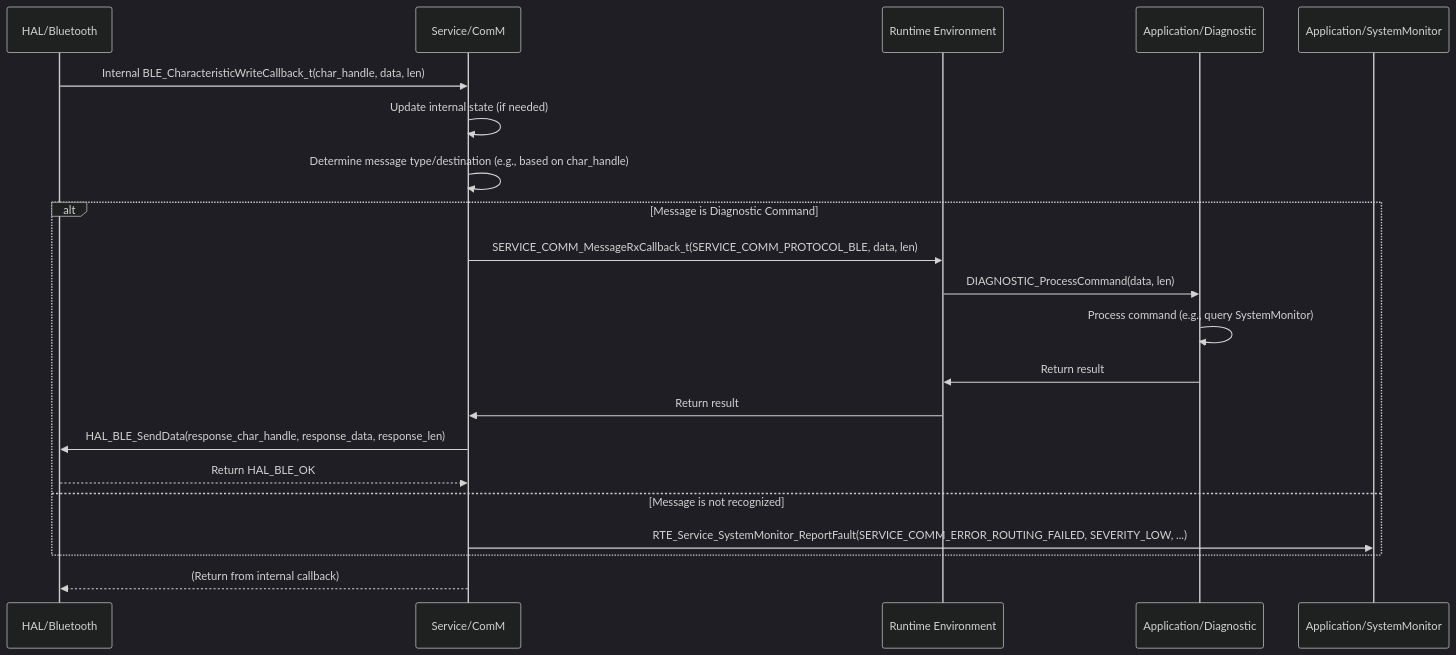
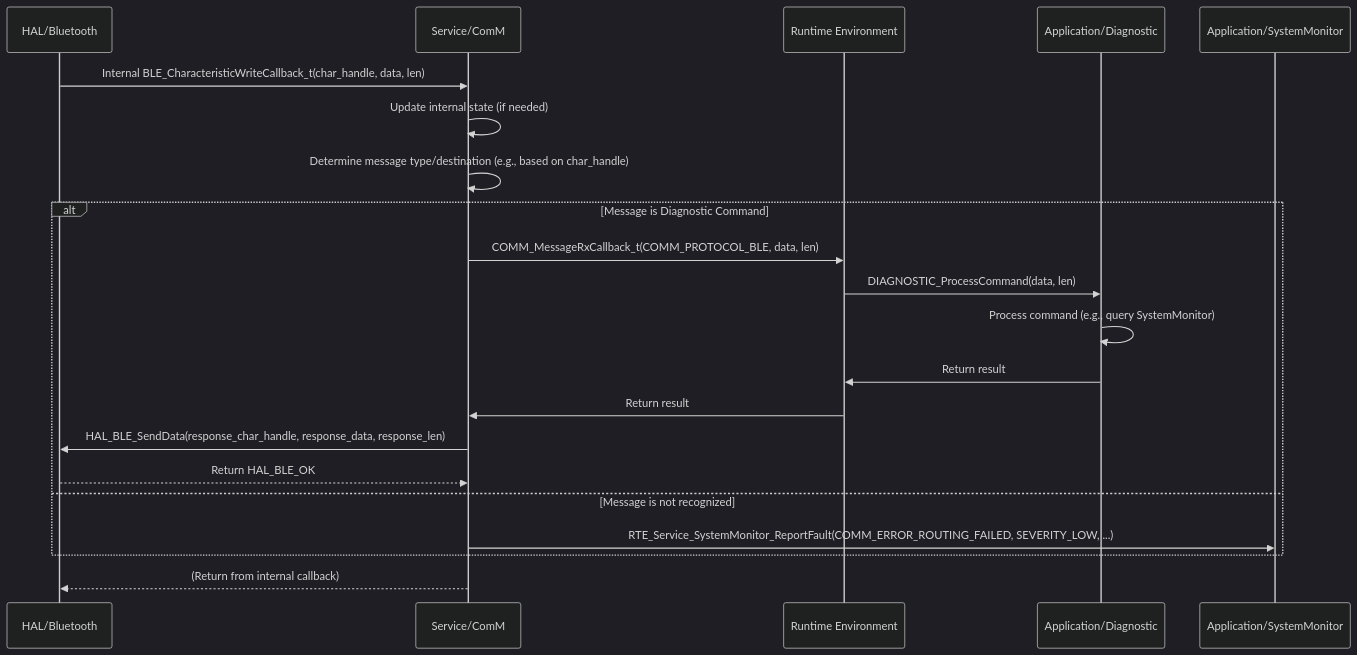
The diagram in Requiremets/Design/Service/ComM.md (ashaker-2/Platform), drawn with Mermaid (dark theme) before and after one commit. The commit also changed other lines of this file, not shown here.

````diff
--- a/Requiremets/Design/Service/ComM.md
+++ b/Requiremets/Design/Service/ComM.md
@@ -192,24 +192,24 @@
 ```mermaid
 sequenceDiagram  
     participant HAL_BLE as HAL/Bluetooth  
     participant ComM as Service/ComM  
     participant RTE as Runtime Environment  
     participant Diagnostic as Application/Diagnostic  
     participant SystemMonitor as Application/SystemMonitor
 
     HAL_BLE->>ComM: Internal BLE_CharacteristicWriteCallback_t(char_handle, data, len)  
     ComM->>ComM: Update internal state (if needed)  
     ComM->>ComM: Determine message type/destination (e.g., based on char_handle)  
     alt Message is Diagnostic Command  
-        ComM->>RTE: SERVICE_COMM_MessageRxCallback_t(SERVICE_COMM_PROTOCOL_BLE, data, len)  
+        ComM->>RTE: COMM_MessageRxCallback_t(COMM_PROTOCOL_BLE, data, len)  
         RTE->>Diagnostic: DIAGNOSTIC_ProcessCommand(data, len)  
         Diagnostic->>Diagnostic: Process command (e.g., query SystemMonitor)  
         Diagnostic->>RTE: Return result  
         RTE->>ComM: Return result  
         ComM->>HAL_BLE: HAL_BLE_SendData(response_char_handle, response_data, response_len)  
         HAL_BLE-->>ComM: Return HAL_BLE_OK  
     else Message is not recognized  
-        ComM->>SystemMonitor: RTE_Service_SystemMonitor_ReportFault(SERVICE_COMM_ERROR_ROUTING_FAILED, SEVERITY_LOW, ...)  
+        ComM->>SystemMonitor: RTE_Service_SystemMonitor_ReportFault(COMM_ERROR_ROUTING_FAILED, SEVERITY_LOW, ...)  
     end  
     ComM-->>HAL_BLE: (Return from internal callback)
 ```
````
